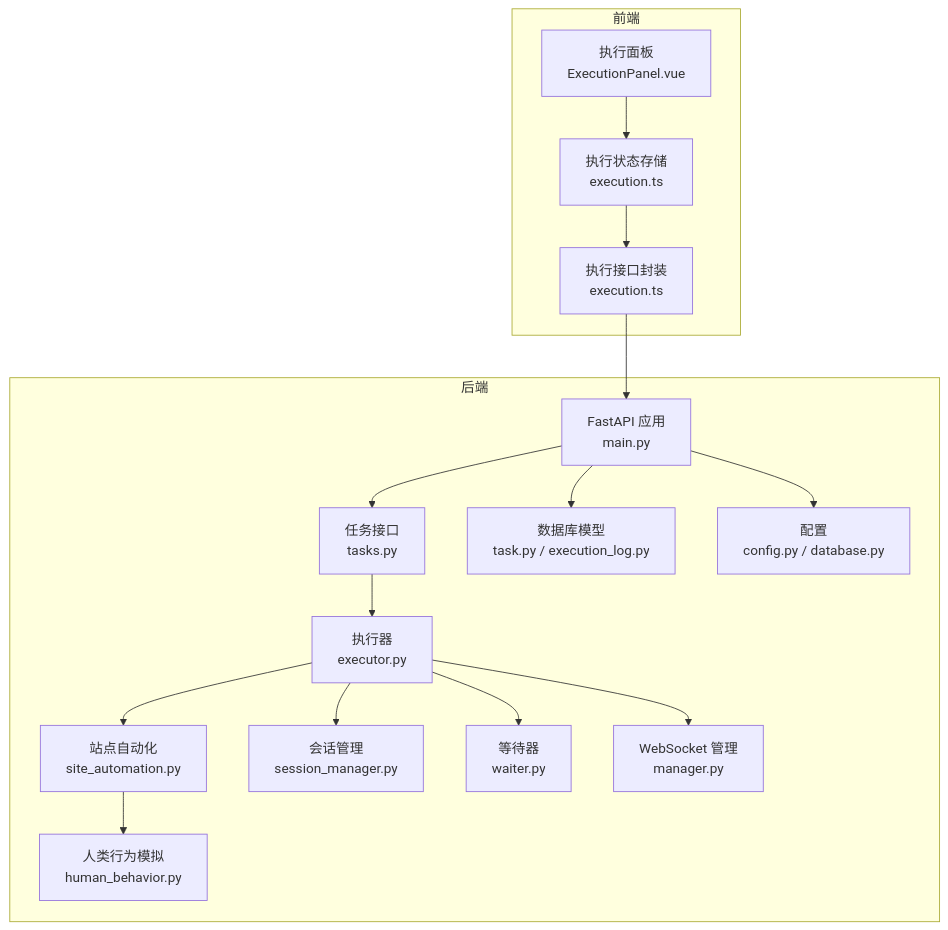
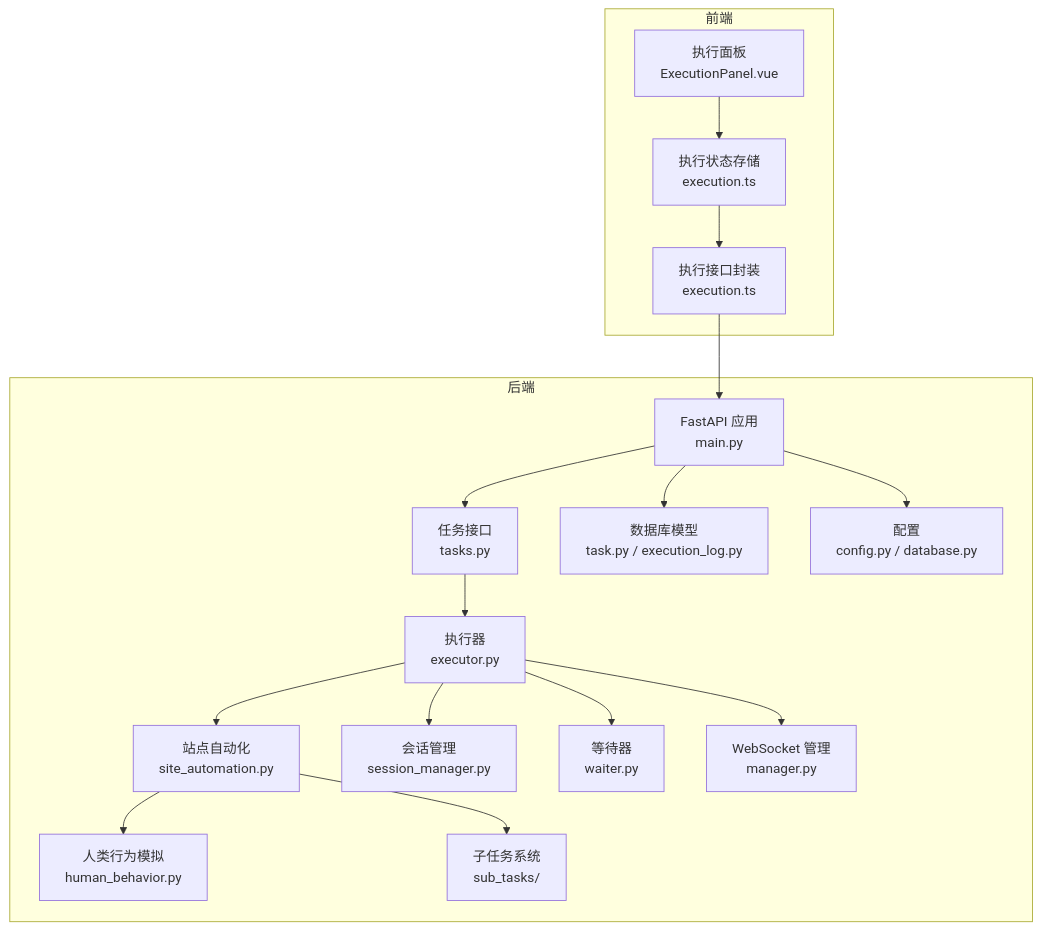
The first of 14 diagrams in .qoder/repowiki/zh/content/浏览器自动化/站点自动化.md (onebody/ccclubs_AI_RPA), drawn with Mermaid before and after one commit. The commit also changed other lines of this file and 50 other files, not shown here.

````diff
--- a/.qoder/repowiki/zh/content/浏览器自动化/站点自动化.md
+++ b/.qoder/repowiki/zh/content/浏览器自动化/站点自动化.md
@@ -42,32 +55,34 @@
 ```mermaid
 graph TB
 subgraph "后端"
 API["FastAPI 应用<br/>main.py"]
 TasksAPI["任务接口<br/>tasks.py"]
 Executor["执行器<br/>executor.py"]
 SiteAuto["站点自动化<br/>site_automation.py"]
 SessionMgr["会话管理<br/>session_manager.py"]
 Waiter["等待器<br/>waiter.py"]
 Human["人类行为模拟<br/>human_behavior.py"]
+SubTasks["子任务系统<br/>sub_tasks/"]
 WS["WebSocket 管理<br/>manager.py"]
 DB["数据库模型<br/>task.py / execution_log.py"]
 CFG["配置<br/>config.py / database.py"]
 end
 subgraph "前端"
 FE_Panel["执行面板<br/>ExecutionPanel.vue"]
 FE_Store["执行状态存储<br/>execution.ts"]
 FE_API["执行接口封装<br/>execution.ts"]
 end
 FE_Panel --> FE_Store
 FE_Store --> FE_API
 FE_API --> API
 API --> TasksAPI
 TasksAPI --> Executor
 Executor --> SessionMgr
 Executor --> SiteAuto
 Executor --> Waiter
 SiteAuto --> Human
+SiteAuto --> SubTasks
 Executor --> WS
 API --> DB
 API --> CFG
 ```
````
